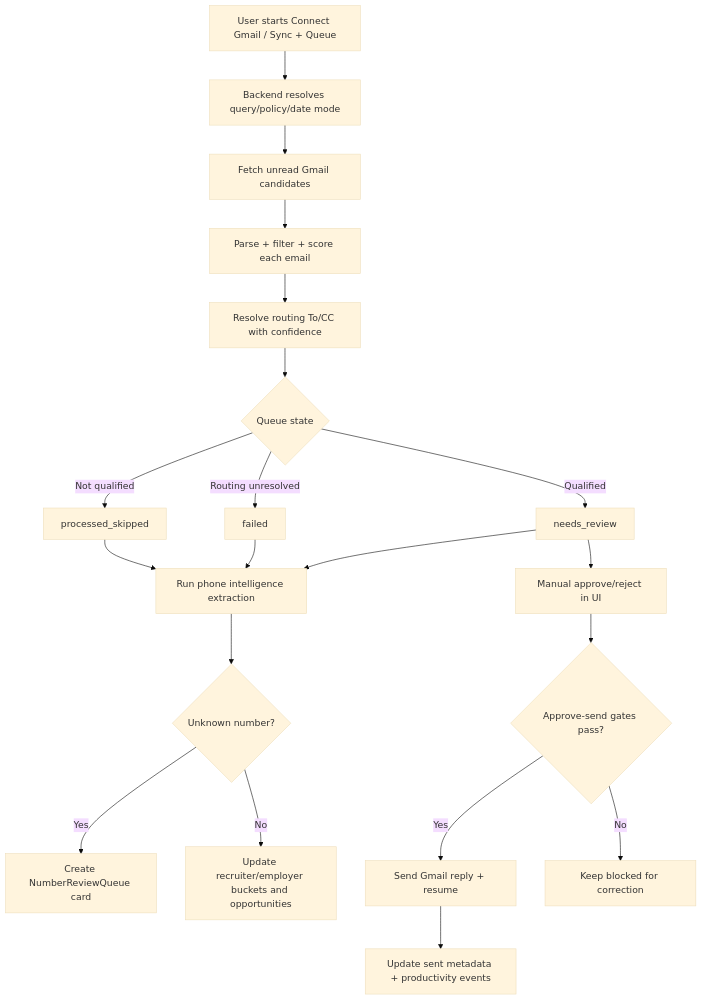
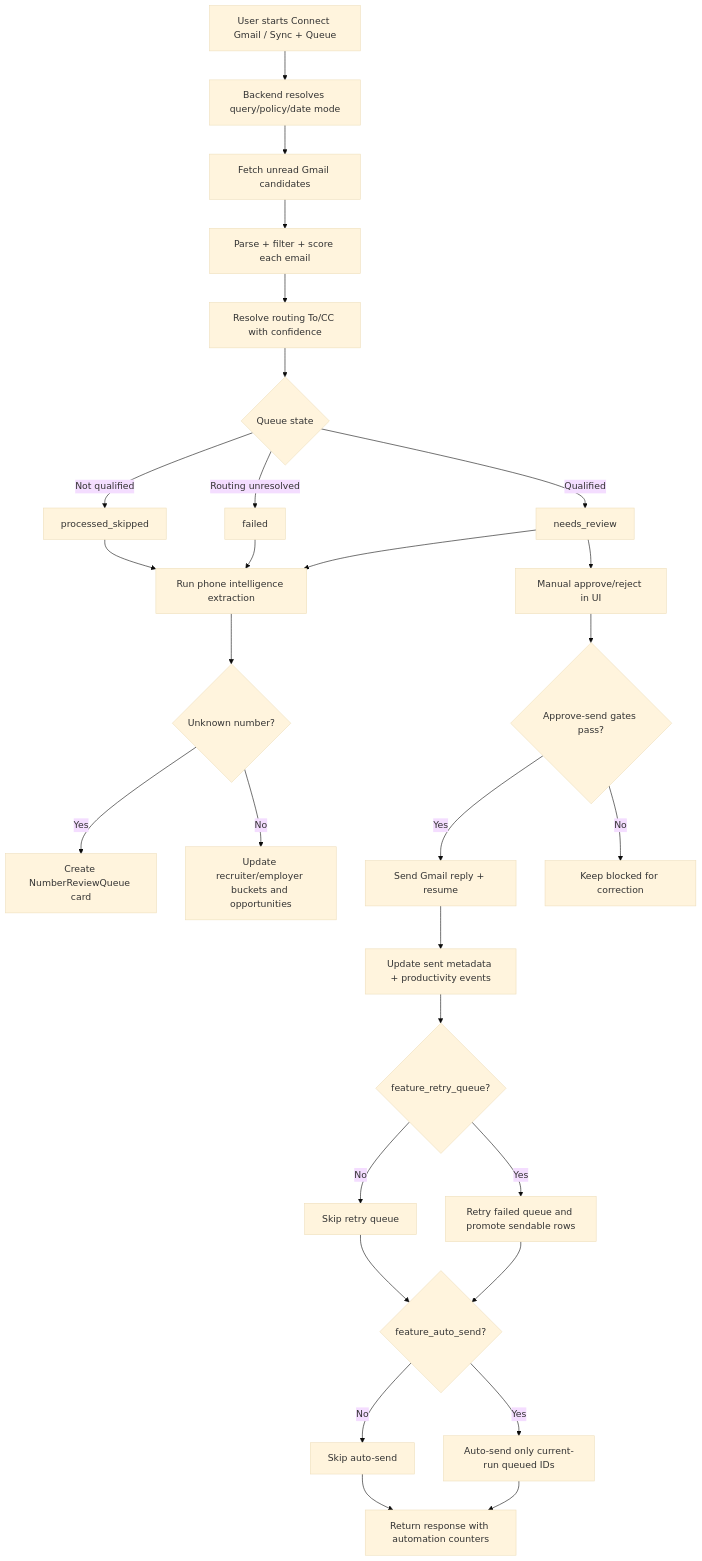
The first of 2 diagrams in docs/context.md (chaitanyadheeraj98/CODEJOB), drawn with Mermaid (base theme) before and after one commit. The commit also changed other lines of this file and 21 other files, not shown here.

````diff
--- a/docs/context.md
+++ b/docs/context.md
@@ -114,22 +128,31 @@
 ```mermaid
 flowchart TD
     A[User starts Connect Gmail / Sync + Queue] --> B[Backend resolves query/policy/date mode]
     B --> C[Fetch unread Gmail candidates]
     C --> D[Parse + filter + score each email]
     D --> E[Resolve routing To/CC with confidence]
     E --> F{Queue state}
     F -->|Qualified| G[needs_review]
     F -->|Routing unresolved| H[failed]
     F -->|Not qualified| I[processed_skipped]
     G --> J[Run phone intelligence extraction]
     H --> J
     I --> J
     J --> K{Unknown number?}
     K -->|Yes| L[Create NumberReviewQueue card]
     K -->|No| M[Update recruiter/employer buckets and opportunities]
     G --> N[Manual approve/reject in UI]
     N --> O{Approve-send gates pass?}
     O -->|Yes| P[Send Gmail reply + resume]
     O -->|No| Q[Keep blocked for correction]
     P --> R[Update sent metadata + productivity events]
+    R --> S{feature_retry_queue?}
+    S -->|Yes| T[Retry failed queue and promote sendable rows]
+    S -->|No| U[Skip retry queue]
+    T --> V{feature_auto_send?}
+    U --> V
+    V -->|Yes| W[Auto-send only current-run queued IDs]
+    V -->|No| X[Skip auto-send]
+    W --> Y[Return response with automation counters]
+    X --> Y
 ```
````
